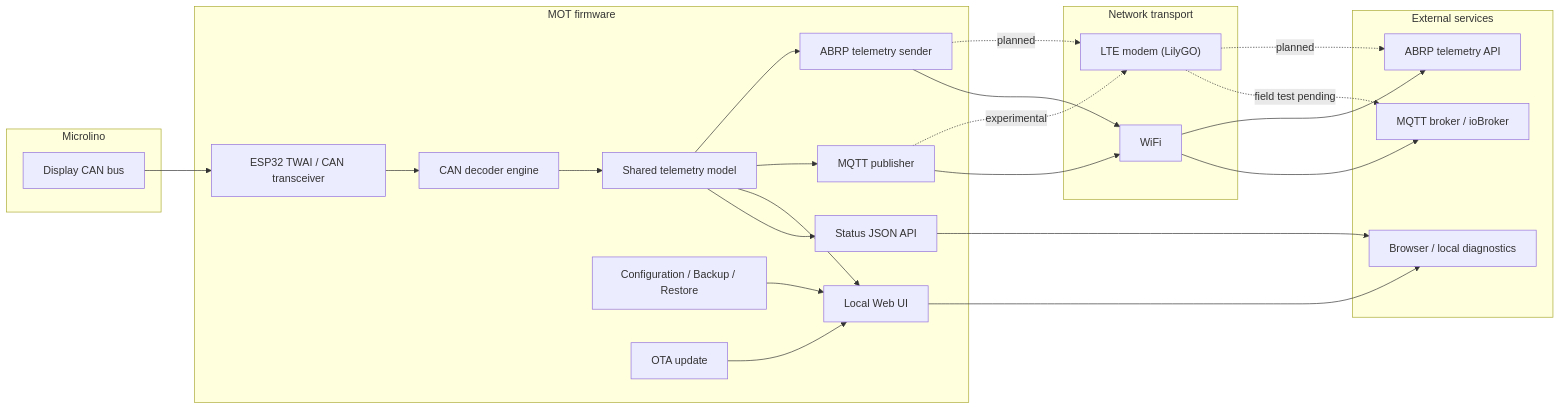
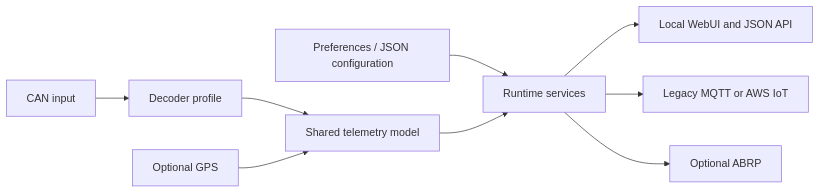
Before and after one commit to MM1834/microlino-open-telemetry: the second of 2 diagrams in docs/architecture/overview.md, drawn with Mermaid. The commit also changed other lines of this file and 55 other files, not shown here.

Commit message:
docs: define canonical structure and architecture

````diff
--- a/docs/architecture/overview.md
+++ b/docs/architecture/overview.md
@@ -22,52 +48,10 @@
 ```mermaid
 flowchart LR
-    subgraph Vehicle["Microlino"]
-        CAN["Display CAN bus"]
-    end
-
-    subgraph Firmware["MOT firmware"]
-        TWAI["ESP32 TWAI / CAN transceiver"]
-        Decoder["CAN decoder engine"]
-        Telemetry["Shared telemetry model"]
-        Status["Status JSON API"]
-        WebUI["Local Web UI"]
-        MQTT["MQTT publisher"]
-        ABRP["ABRP telemetry sender"]
-        Config["Configuration / Backup / Restore"]
-        OTA["OTA update"]
-    end
-
-    subgraph Network["Network transport"]
-        WiFi["WiFi"]
-        LTE["LTE modem (LilyGO)"]
-    end
-
-    subgraph External["External services"]
-        Broker["MQTT broker / ioBroker"]
-        AbrpApi["ABRP telemetry API"]
-        Browser["Browser / local diagnostics"]
-    end
-
-    CAN --> TWAI --> Decoder --> Telemetry
-
-    Telemetry --> Status
-    Telemetry --> WebUI
-    Telemetry --> MQTT
-    Telemetry --> ABRP
-
-    Config --> WebUI
-    OTA --> WebUI
-
-    WebUI --> Browser
-    Status --> Browser
-
-    MQTT --> WiFi
-    MQTT -. experimental .-> LTE
-    WiFi --> Broker
-    LTE -. field test pending .-> Broker
-
-    ABRP --> WiFi
-    ABRP -. planned .-> LTE
-    WiFi --> AbrpApi
-    LTE -. planned .-> AbrpApi
+    CAN["CAN input"] --> Decoder["Decoder profile"] --> Telemetry["Shared telemetry model"]
+    GPS["Optional GPS"] --> Telemetry
+    Config["Preferences / JSON configuration"] --> Services["Runtime services"]
+    Telemetry --> Services
+    Services --> LocalUI["Local WebUI and JSON API"]
+    Services --> MQTT["Legacy MQTT or AWS IoT"]
+    Services --> ABRP["Optional ABRP"]
 ```
````
